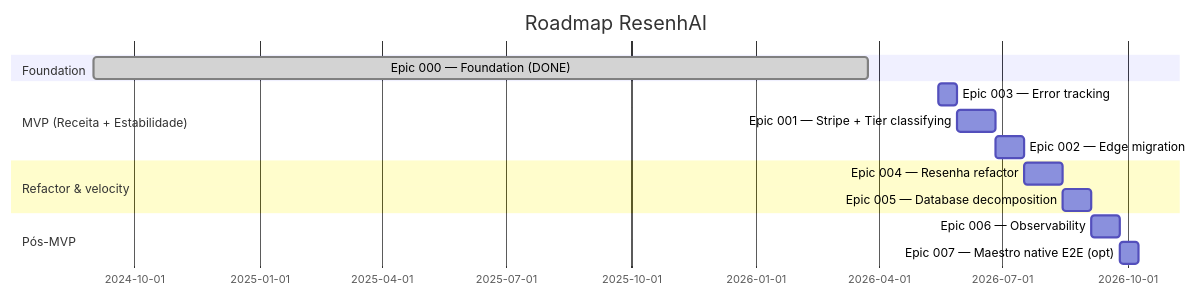
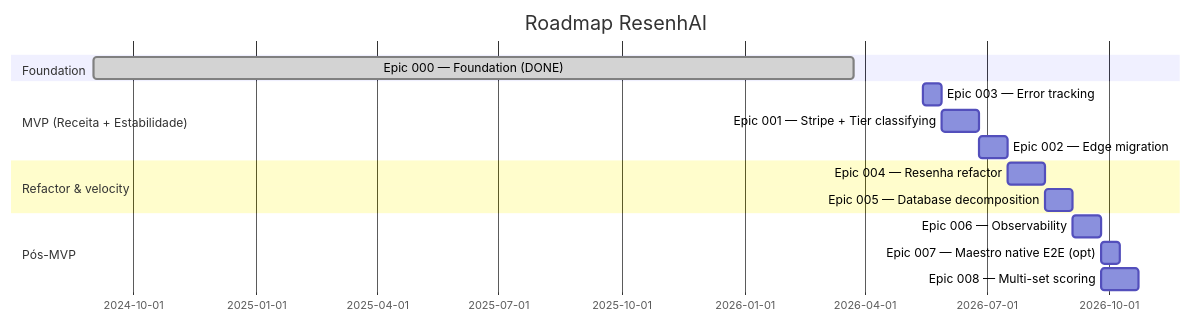
One commit to paceautomations/madruga.ai changed the first of 2 diagrams in platforms/resenhai/planning/roadmap.md. Above: the diagram before and after it, drawn with Mermaid. The commit also changed other lines of this file and 8 other files, not shown here.

````diff
--- a/platforms/resenhai/planning/roadmap.md
+++ b/platforms/resenhai/planning/roadmap.md
@@ -37,17 +37,18 @@
 ```mermaid
 gantt
     title Roadmap ResenhAI
     dateFormat YYYY-MM-DD
     section Foundation
     Epic 000 — Foundation (DONE)        :done, e0, 2024-09-01, 2026-03-24
     section MVP (Receita + Estabilidade)
     Epic 003 — Error tracking            :e3, 2026-05-15, 2w
     Epic 001 — Stripe + Tier classifying :e1, after e3, 4w
     Epic 002 — Edge migration            :e2, after e1, 3w
     section Refactor & velocity
     Epic 004 — Resenha refactor          :e4, after e2, 4w
     Epic 005 — Database decomposition    :e5, after e4, 3w
     section Pós-MVP
     Epic 006 — Observability             :e6, after e5, 3w
     Epic 007 — Maestro native E2E (opt)  :e7, after e6, 2w
+    Epic 008 — Multi-set scoring         :e8, after e6, 4w
 ```
````
